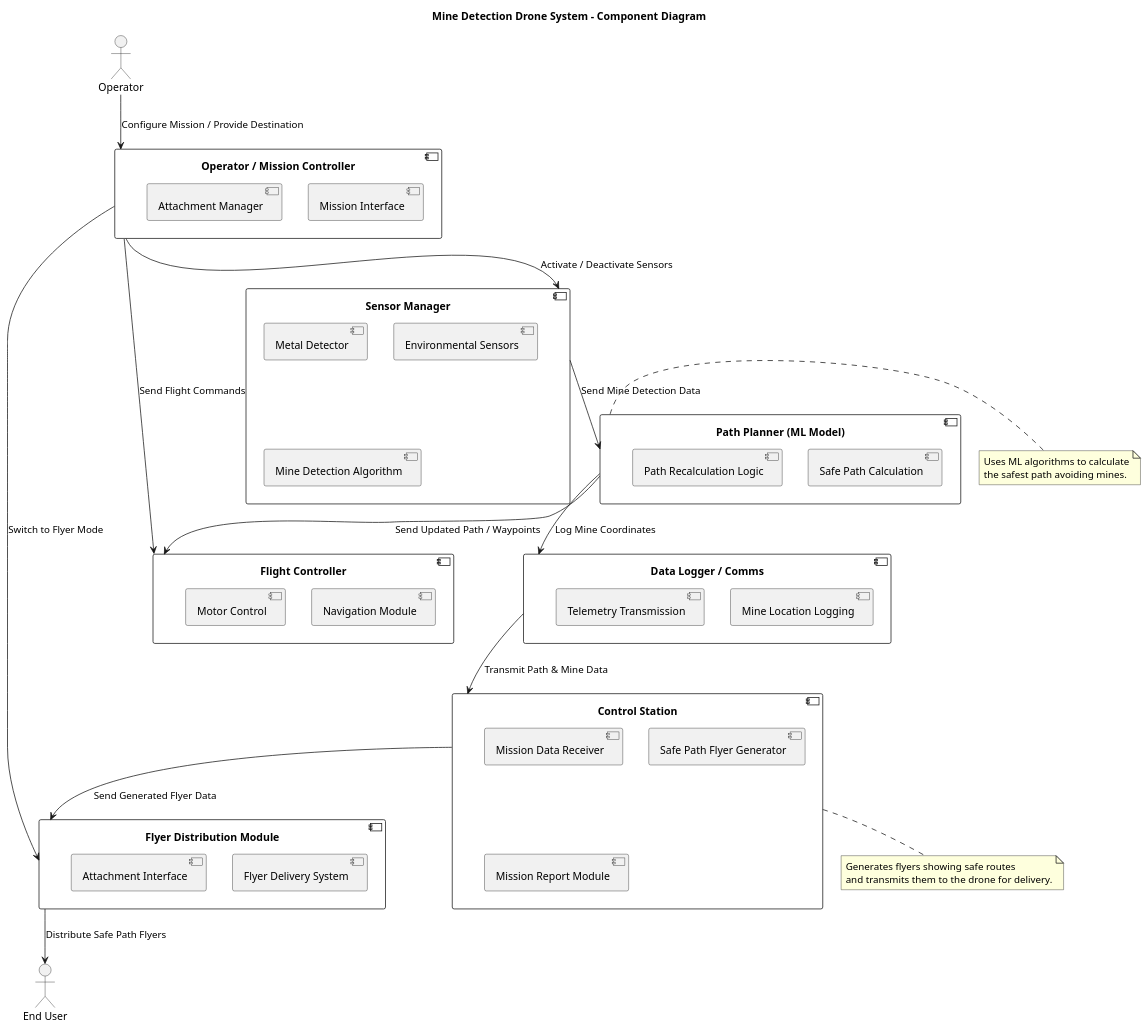
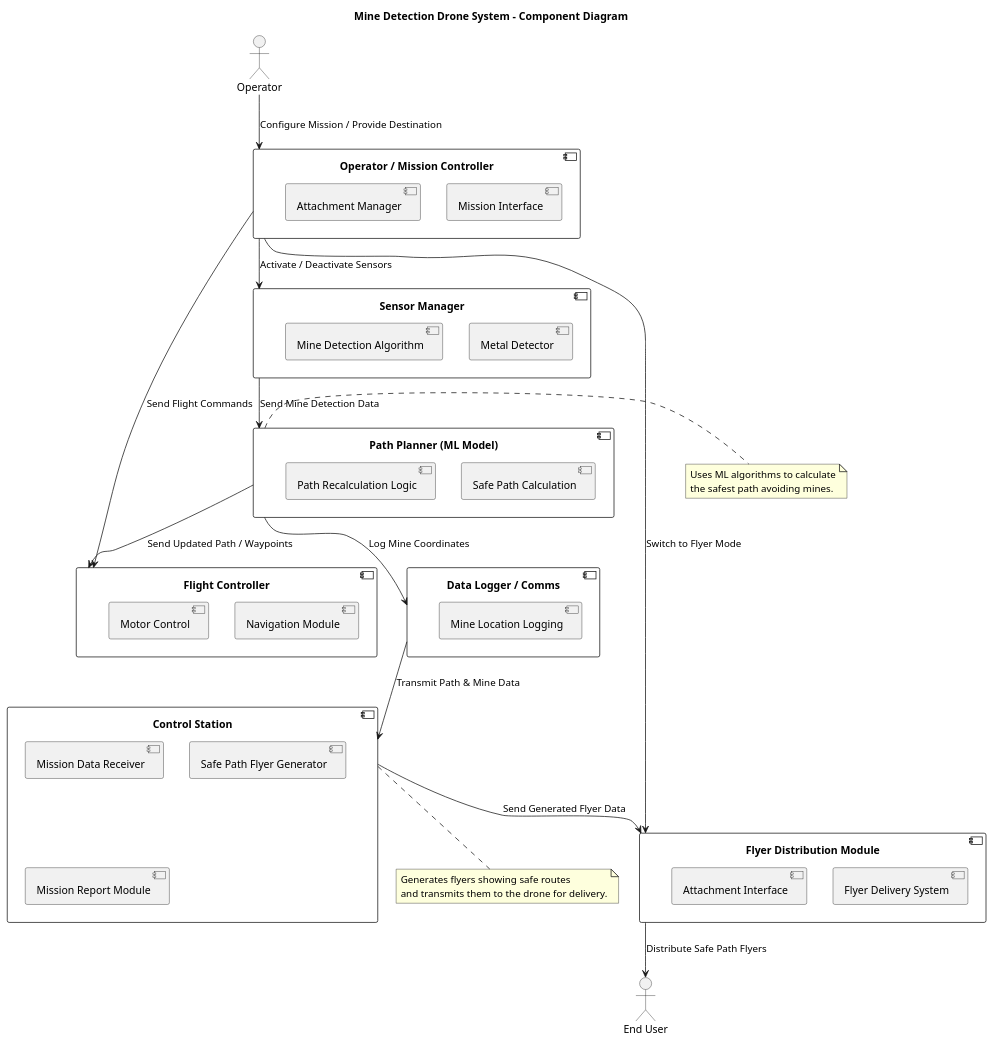
The diagram in Diagrams/Component.puml (svenons/MineFinder), drawn with PlantUML before and after one commit.

Commit message:
component diagram changes

```diff
--- a/Diagrams/Component.puml
+++ b/Diagrams/Component.puml
@@ -1,70 +1,68 @@
 @startuml MineDetectionDrone_Component_V1
 title Mine Detection Drone System - Component Diagram
 
 ' --- Actors ---
 actor Operator as Op
 actor "End User" as User
 
 ' --- Components ---
 component "Operator / Mission Controller" as MissionController {
   [Mission Interface]
   [Attachment Manager]
 }
 
 component "Flight Controller" as FlightCtrl {
   [Navigation Module]
   [Motor Control]
 }
 
 component "Sensor Manager" as SensorMgr {
   [Metal Detector]
-  [Environmental Sensors]
   [Mine Detection Algorithm]
 }
 
 component "Path Planner (ML Model)" as PathPlanner {
   [Safe Path Calculation]
   [Path Recalculation Logic]
 }
 
 component "Data Logger / Comms" as DataLogger {
   [Mine Location Logging]
-  [Telemetry Transmission]
 }
 
 component "Control Station" as ControlStation {
   [Mission Data Receiver]
   [Safe Path Flyer Generator]
   [Mission Report Module]
 }
 
 component "Flyer Distribution Module" as FlyerModule {
   [Flyer Delivery System]
   [Attachment Interface]
 }
 
 ' --- Relationships ---
 
 Op --> MissionController : Configure Mission / Provide Destination
 MissionController --> FlightCtrl : Send Flight Commands
 MissionController --> SensorMgr : Activate / Deactivate Sensors
 SensorMgr --> PathPlanner : Send Mine Detection Data
 PathPlanner --> FlightCtrl : Send Updated Path / Waypoints
 PathPlanner --> DataLogger : Log Mine Coordinates
 DataLogger --> ControlStation : Transmit Path & Mine Data
 ControlStation --> FlyerModule : Send Generated Flyer Data
 MissionController --> FlyerModule : Switch to Flyer Mode
 FlyerModule --> User : Distribute Safe Path Flyers
 
 ' --- Notes ---
 note right of PathPlanner
   Uses ML algorithms to calculate
   the safest path avoiding mines.
 end note
 
 note bottom of ControlStation
   Generates flyers showing safe routes
   and transmits them to the drone for delivery.
 end note
 
 @enduml
```
